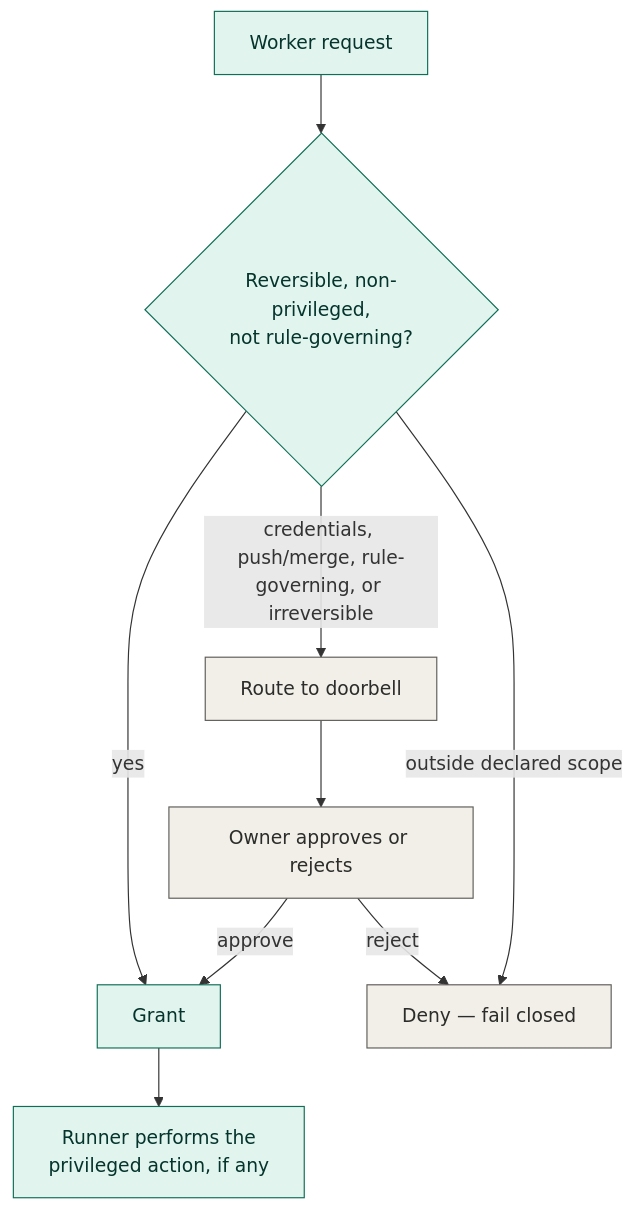
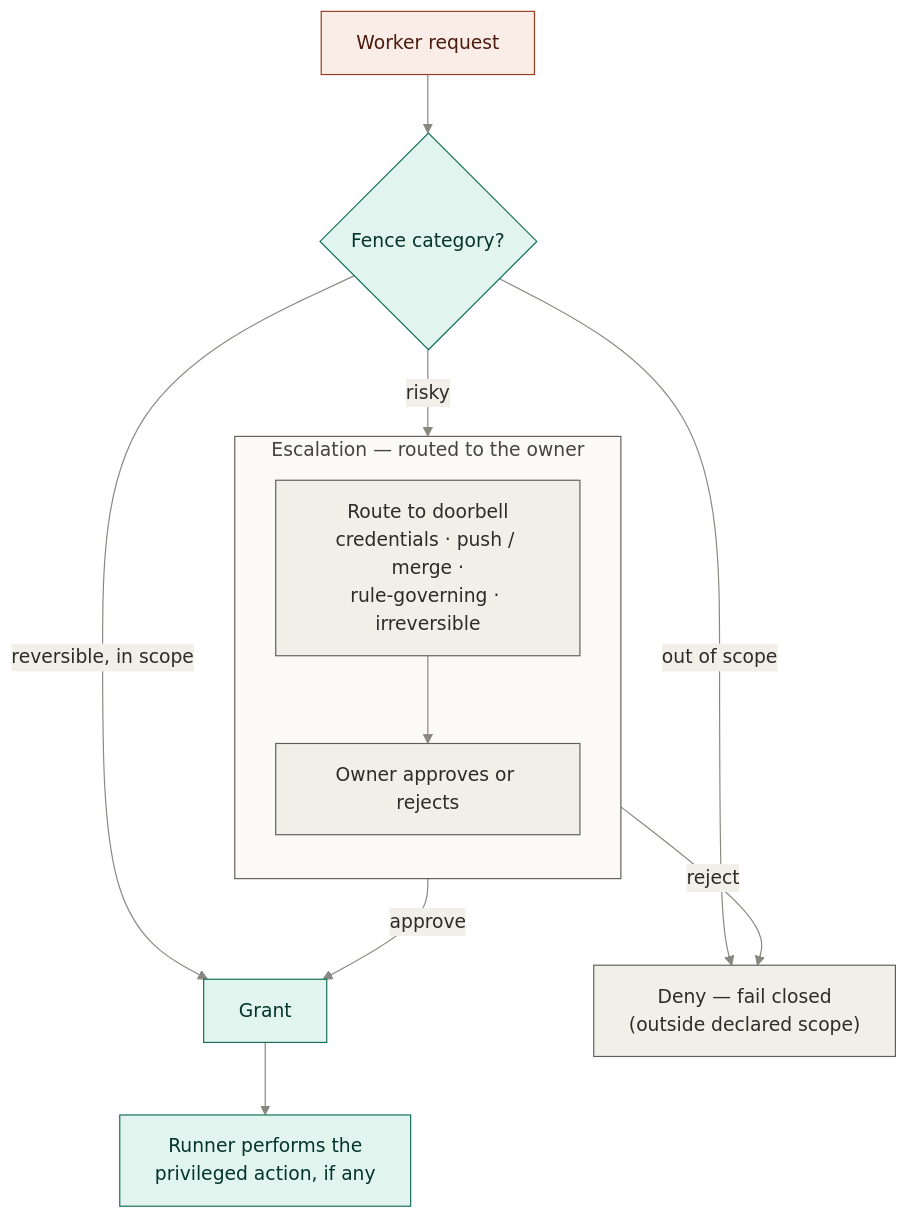
One commit to agentic-workflow-kit/jig changed the diagram in docs/design/core/authorization.md. Above: the diagram before and after it, drawn with Mermaid. The commit also changed 4 other files, not shown here.

First line of the commit message:
docs: restyle diagrams as themed grouped Mermaid, drop SVG assets

````diff
--- a/docs/design/core/authorization.md
+++ b/docs/design/core/authorization.md
@@ -31,17 +31,33 @@
 ```mermaid
-flowchart TD
-    Req["Worker request"] --> Cat{"Reversible, non-privileged,<br/>not rule-governing?"}
-    Cat -->|yes| Grant["Grant"]
-    Cat -->|credentials, push/merge, rule-governing, or irreversible| Route["Route to doorbell"]
-    Cat -->|outside declared scope| Deny["Deny — fail closed"]
-    Route --> Owner["Owner approves or rejects"]
+%%{init: {'theme':'base','themeVariables':{'fontFamily':'ui-sans-serif, -apple-system, Segoe UI, Roboto, sans-serif','lineColor':'#888780','edgeLabelBackground':'#F1EFE8','primaryTextColor':'#2C2C2A','clusterBorder':'#B4B2A9'}}}%%
+flowchart TB
+    Req["Worker request"]
+    Cat{"Fence category?"}
+    Grant["Grant"]
+    Deny["Deny — fail closed<br/>(outside declared scope)"]
+    Runner["Runner performs the<br/>privileged action, if any"]
+
+    subgraph ESC["Escalation — routed to the owner"]
+        direction TB
+        Route["Route to doorbell<br/>credentials · push / merge ·<br/>rule-governing · irreversible"]
+        Owner["Owner approves or rejects"]
+        Route --> Owner
+    end
+
+    Req --> Cat
+    Cat -->|reversible, in scope| Grant
+    Cat -->|risky| Route
+    Cat -->|out of scope| Deny
     Owner -->|approve| Grant
     Owner -->|reject| Deny
+    Grant --> Runner
 
-    Grant --> Runner["Runner performs the<br/>privileged action, if any"]
-
+    classDef seam fill:#FAECE7,stroke:#993C1D,color:#4A1B0C;
     classDef core fill:#E1F5EE,stroke:#0F6E56,color:#04342C;
     classDef neutral fill:#F1EFE8,stroke:#5F5E5A,color:#2C2C2A;
-    class Req,Cat,Grant,Runner core;
-    class Route,Deny,Owner neutral;
+    class Req seam;
+    class Cat,Grant,Runner core;
+    class Deny,Route,Owner neutral;
+
+    style ESC fill:#FBFAF7,stroke:#5F5E5A,color:#444441
 ```
````
